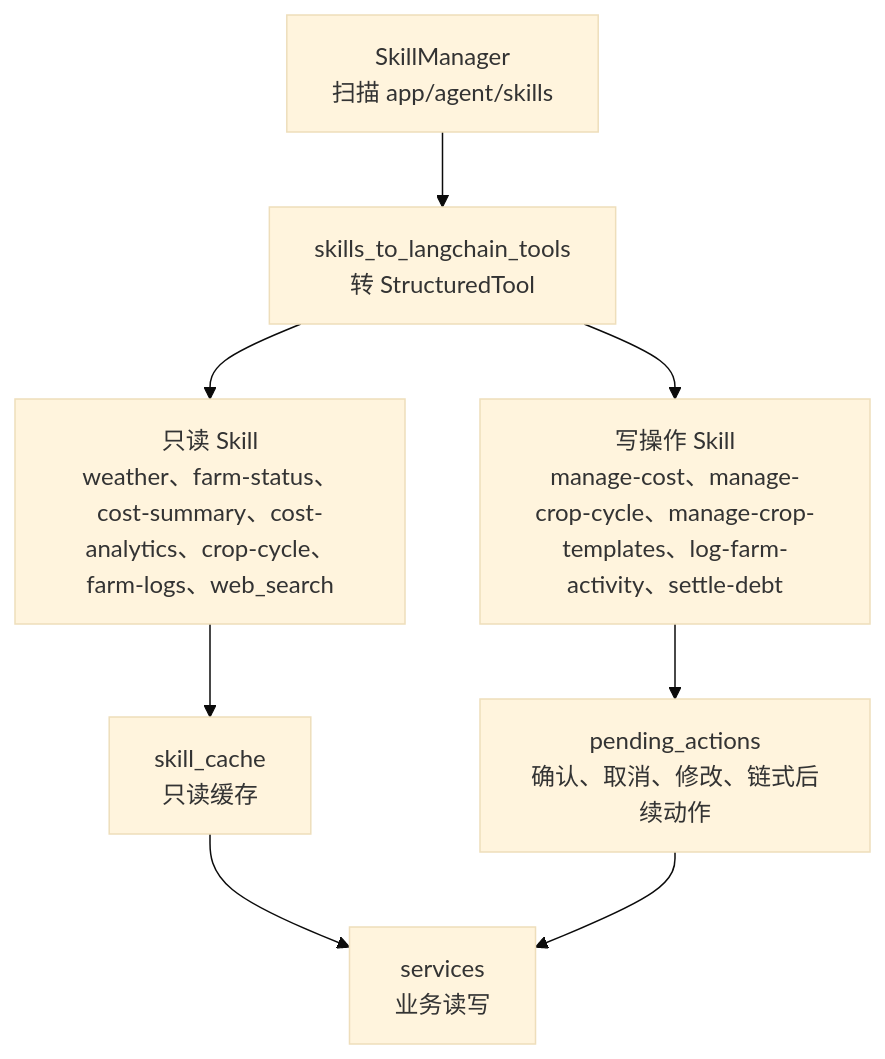
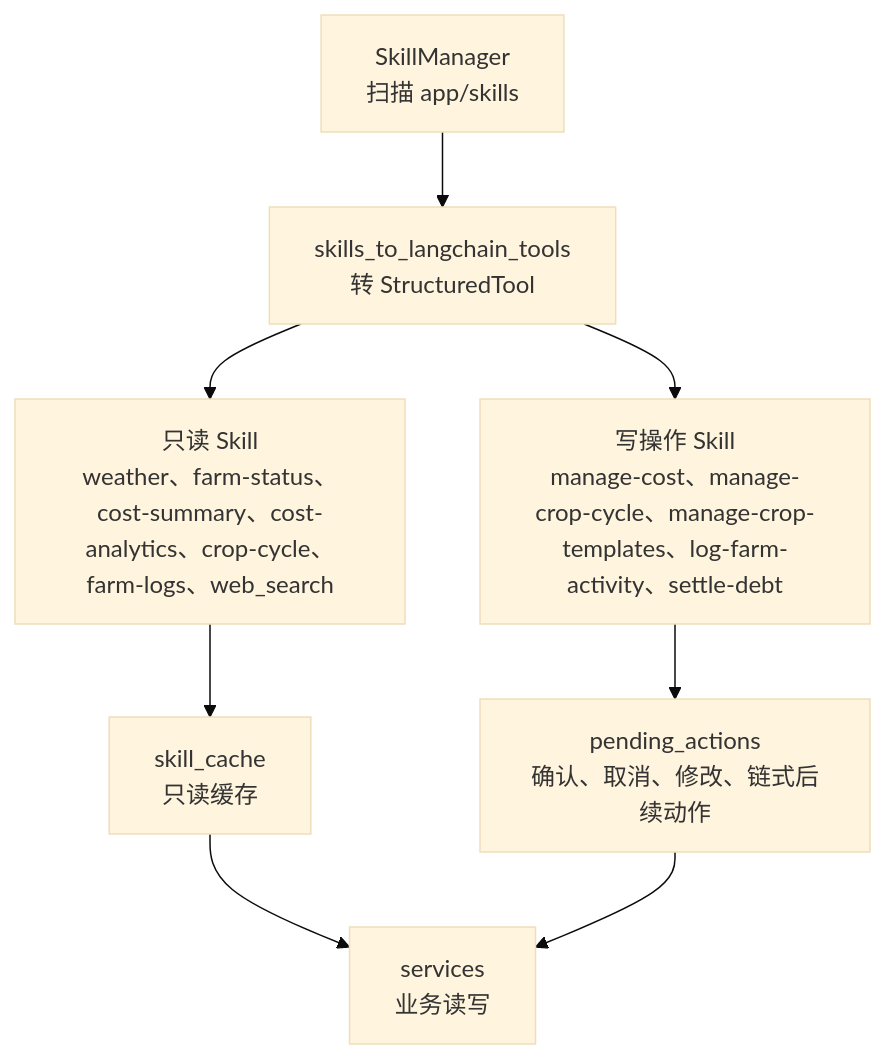
Before and after one commit to ArtLjn/agriagent-os: the sixth of 8 diagrams in docs/architecture/backend-architecture.md, drawn with Mermaid (base theme). The commit also changed other lines of this file and 137 other files, not shown here.

````diff
--- a/docs/architecture/backend-architecture.md
+++ b/docs/architecture/backend-architecture.md
@@ -163,16 +163,16 @@
 ```mermaid
 flowchart TB
-    Manager["SkillManager\n扫描 app/agent/skills"]
+    Manager["SkillManager\n扫描 app/skills"]
     Adapter["skills_to_langchain_tools\n转 StructuredTool"]
     Read["只读 Skill\nweather、farm-status、cost-summary、cost-analytics、crop-cycle、farm-logs、web_search"]
     Write["写操作 Skill\nmanage-cost、manage-crop-cycle、manage-crop-templates、log-farm-activity、settle-debt"]
     Pending["pending_actions\n确认、取消、修改、链式后续动作"]
     Cache["skill_cache\n只读缓存"]
     Services["services\n业务读写"]
 
     Manager --> Adapter
     Adapter --> Read
     Adapter --> Write
     Read --> Cache --> Services
     Write --> Pending --> Services
 ```
````
